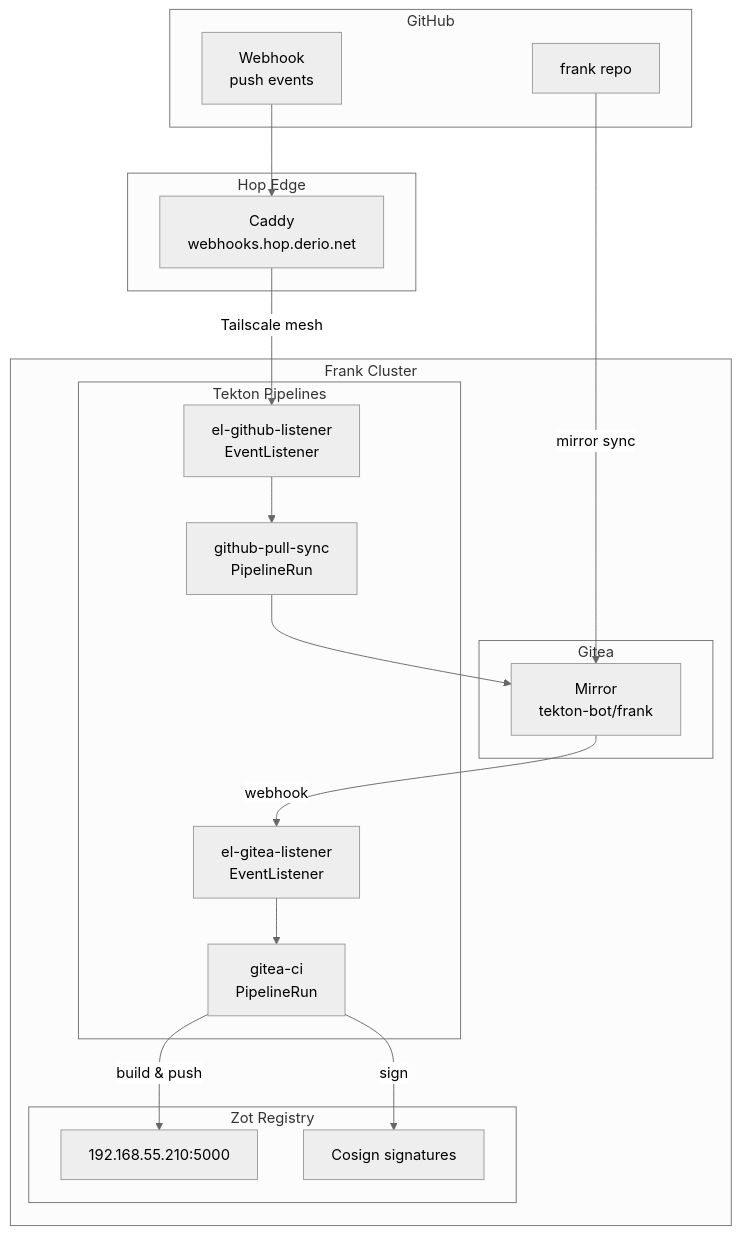
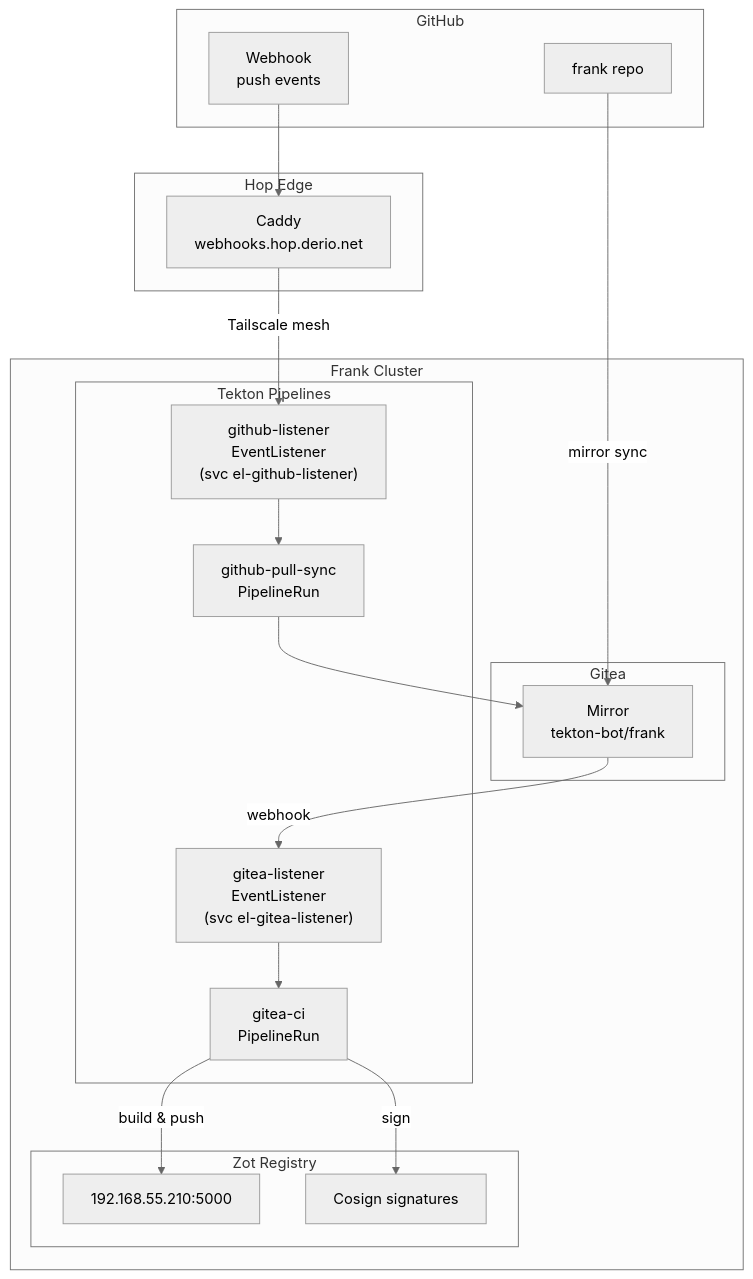
Before and after one commit to derio-net/frank: the diagram in blog/content/docs/operating/22-cicd-platform/index.md, drawn with Mermaid (neutral theme). The commit also changed other lines of this file and 52 other files, not shown here.

````diff
--- a/blog/content/docs/operating/22-cicd-platform/index.md
+++ b/blog/content/docs/operating/22-cicd-platform/index.md
@@ -20,36 +22,36 @@
 ```mermaid
 graph TB
     subgraph github["GitHub"]
         gh_repo["frank repo"]
         gh_webhook["Webhook<br/>push events"]
     end
 
     subgraph hop["Hop Edge"]
         caddy["Caddy<br/>webhooks.hop.derio.net"]
     end
 
     subgraph frank["Frank Cluster"]
         subgraph gitea["Gitea"]
             gitea_svc["Mirror<br/>tekton-bot/frank"]
         end
 
         subgraph tekton["Tekton Pipelines"]
-            el_listener["el-gitea-listener<br/>EventListener"]
-            el_gh["el-github-listener<br/>EventListener"]
+            el_listener["gitea-listener<br/>EventListener<br/>(svc el-gitea-listener)"]
+            el_gh["github-listener<br/>EventListener<br/>(svc el-github-listener)"]
             pipeline["gitea-ci<br/>PipelineRun"]
             pull_sync["github-pull-sync<br/>PipelineRun"]
         end
 
         subgraph zot["Zot Registry"]
             zot_svc["192.168.55.210:5000"]
             cosign_sig["Cosign signatures"]
         end
     end
 
     gh_repo -->|"mirror sync"| gitea_svc
     gitea_svc -->|"webhook"| el_listener --> pipeline
     pipeline -->|"build & push"| zot_svc
     pipeline -->|"sign"| cosign_sig
 
     gh_webhook --> caddy -->|"Tailscale mesh"| el_gh --> pull_sync --> gitea_svc
 ```
````
